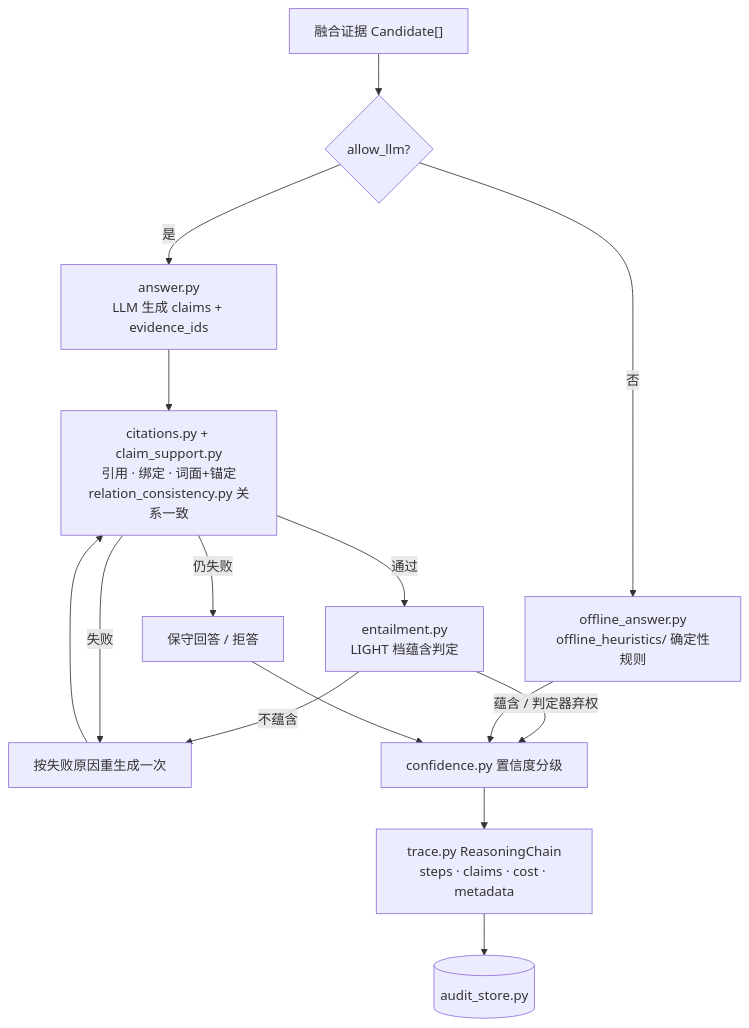
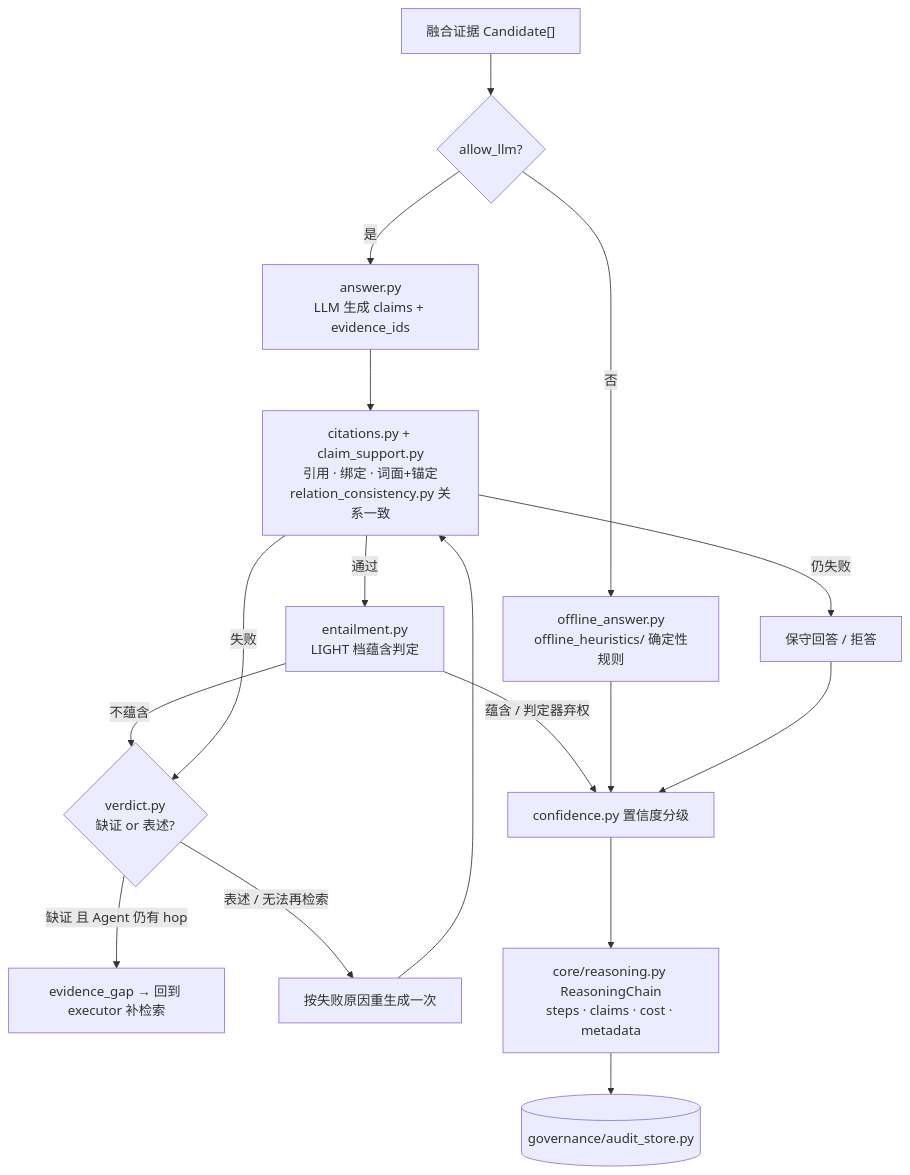
One commit to RightCloudhub/AG changed diagram 13 of 17 in docs/ARCHITECTURE.md. Above: the diagram before and after it, drawn with Mermaid. The commit also changed other lines of this file and 154 other files, not shown here.

Commit message:
fix(stores): implement Neo4jGraphStore.list_entities and add it to GraphStore protocol

````diff
--- a/docs/ARCHITECTURE.md
+++ b/docs/ARCHITECTURE.md
@@ -325,17 +355,19 @@
 ```mermaid
 flowchart TD
     EV["融合证据 Candidate[]"] --> MODE{"allow_llm?"}
     MODE -->|是| LLMA["answer.py<br/>LLM 生成 claims + evidence_ids"]
     MODE -->|否| OFF["offline_answer.py<br/>offline_heuristics/ 确定性规则"]
     LLMA --> CIT["citations.py + claim_support.py<br/>引用 · 绑定 · 词面+锚定<br/>relation_consistency.py 关系一致"]
     CIT -->|通过| NLI["entailment.py<br/>LIGHT 档蕴含判定"]
-    NLI -->|不蕴含| RETRY
-    CIT -->|失败| RETRY["按失败原因重生成一次"]
+    NLI -->|不蕴含| VD{"verdict.py<br/>缺证 or 表述?"}
+    CIT -->|失败| VD
+    VD -->|缺证 且 Agent 仍有 hop| GAP["evidence_gap → 回到 executor 补检索"]
+    VD -->|表述 / 无法再检索| RETRY["按失败原因重生成一次"]
     RETRY --> CIT
     CIT -->|仍失败| SAFE["保守回答 / 拒答"]
     NLI -->|蕴含 / 判定器弃权| CONF["confidence.py 置信度分级"]
     OFF --> CONF
     SAFE --> CONF
-    CONF --> CHAIN["trace.py ReasoningChain<br/>steps · claims · cost · metadata"]
-    CHAIN --> AUD[("audit_store.py")]
+    CONF --> CHAIN["core/reasoning.py ReasoningChain<br/>steps · claims · cost · metadata"]
+    CHAIN --> AUD[("governance/audit_store.py")]
 ```
````
